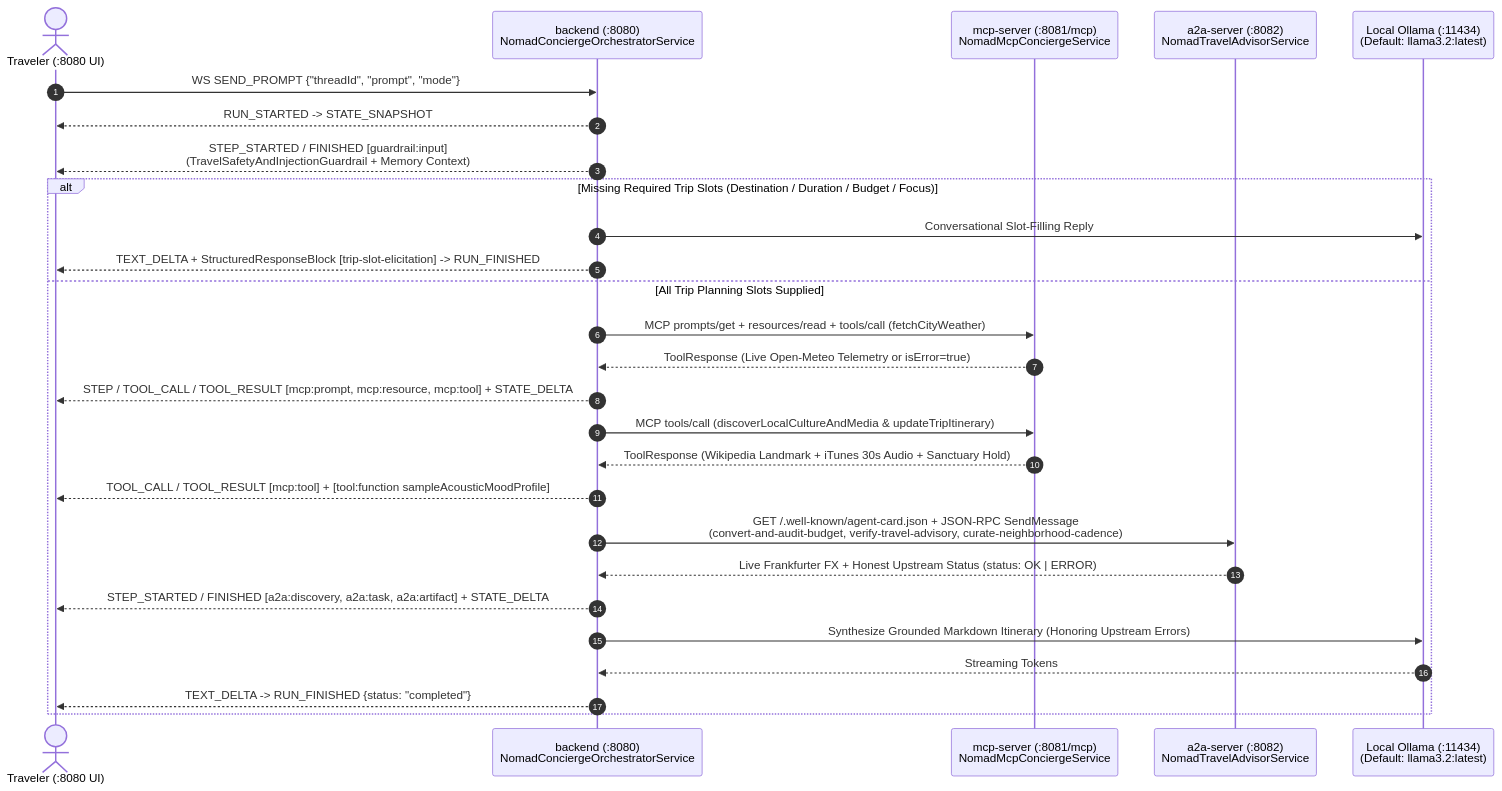
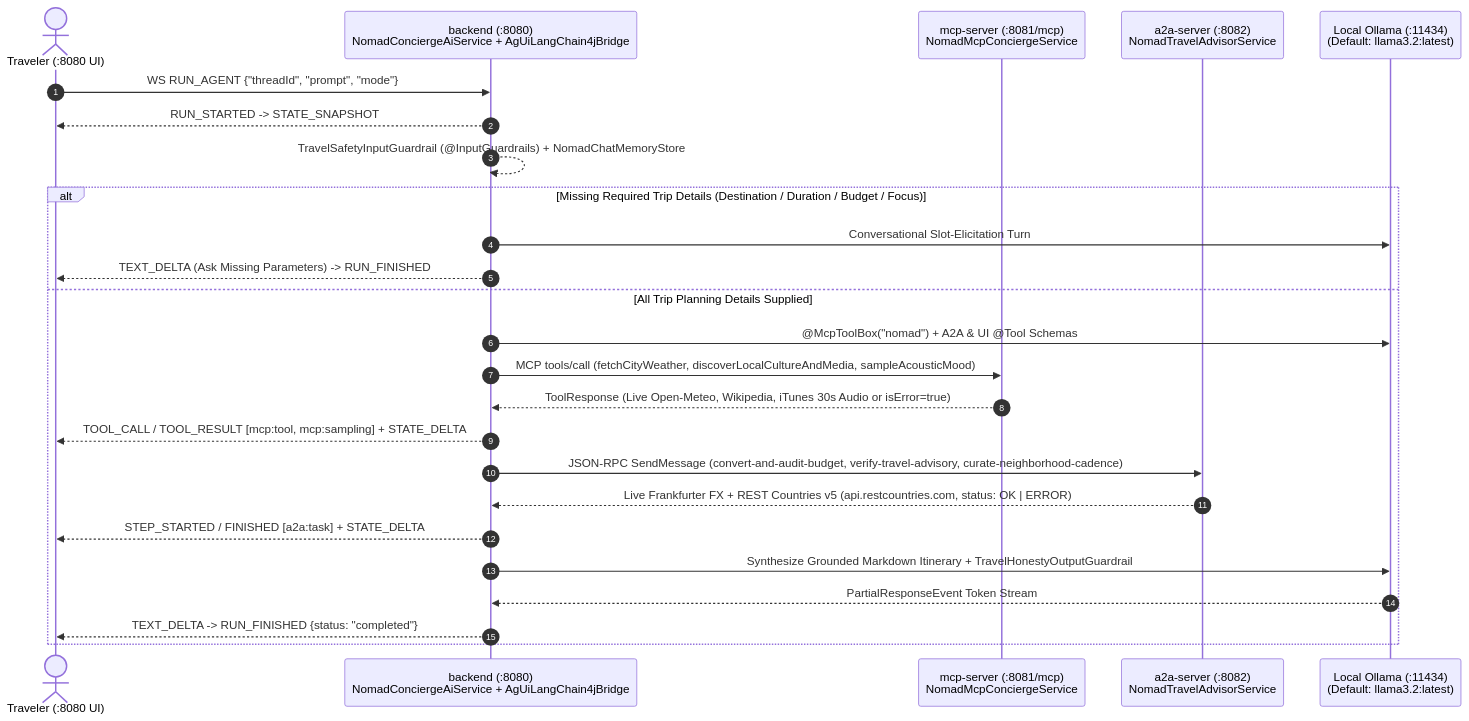
The second of 2 diagrams in examples/quarkus-svelte-skeleton/README.md (fmatar/quarkus-agui), drawn with Mermaid before and after one commit. The commit also changed other lines of this file and 63 other files, not shown here.

First line of the commit message:
feat(langchain4j-mcp): Idiomatic quarkus-langchain4j-mcp, Multi<ChatEvent> AG-UI Bridge, SmallRye Health & REST Countries v5 (#68) (#69)

````diff
--- a/examples/quarkus-svelte-skeleton/README.md
+++ b/examples/quarkus-svelte-skeleton/README.md
@@ -86,30 +84,28 @@
 ```mermaid
 sequenceDiagram
     autonumber
     actor Traveler as Traveler (:8080 UI)
-    participant Orch as backend (:8080)<br/>NomadConciergeOrchestratorService
+    participant Orch as backend (:8080)<br/>NomadConciergeAiService + AgUiLangChain4jBridge
     participant MCP as mcp-server (:8081/mcp)<br/>NomadMcpConciergeService
     participant A2A as a2a-server (:8082)<br/>NomadTravelAdvisorService
     participant LLM as Local Ollama (:11434)<br/>(Default: llama3.2:latest)
 
-    Traveler->>Orch: WS SEND_PROMPT {"threadId", "prompt", "mode"}
+    Traveler->>Orch: WS RUN_AGENT {"threadId", "prompt", "mode"}
     Orch-->>Traveler: RUN_STARTED -> STATE_SNAPSHOT
-    Orch-->>Traveler: STEP_STARTED / FINISHED [guardrail:input]<br/>(TravelSafetyAndInjectionGuardrail + Memory Context)
-    alt Missing Required Trip Slots (Destination / Duration / Budget / Focus)
-        Orch->>LLM: Conversational Slot-Filling Reply
-        Orch-->>Traveler: TEXT_DELTA + StructuredResponseBlock [trip-slot-elicitation] -> RUN_FINISHED
-    else All Trip Planning Slots Supplied
-        Orch->>MCP: MCP prompts/get + resources/read + tools/call (fetchCityWeather)
-        MCP-->>Orch: ToolResponse (Live Open-Meteo Telemetry or isError=true)
-        Orch-->>Traveler: STEP / TOOL_CALL / TOOL_RESULT [mcp:prompt, mcp:resource, mcp:tool] + STATE_DELTA
-        Orch->>MCP: MCP tools/call (discoverLocalCultureAndMedia & updateTripItinerary)
-        MCP-->>Orch: ToolResponse (Wikipedia Landmark + iTunes 30s Audio + Sanctuary Hold)
-        Orch-->>Traveler: TOOL_CALL / TOOL_RESULT [mcp:tool] + [tool:function sampleAcousticMoodProfile]
-        Orch->>A2A: GET /.well-known/agent-card.json + JSON-RPC SendMessage<br/>(convert-and-audit-budget, verify-travel-advisory, curate-neighborhood-cadence)
-        A2A-->>Orch: Live Frankfurter FX + Honest Upstream Status (status: OK | ERROR)
-        Orch-->>Traveler: STEP_STARTED / FINISHED [a2a:discovery, a2a:task, a2a:artifact] + STATE_DELTA
-        Orch->>LLM: Synthesize Grounded Markdown Itinerary (Honoring Upstream Errors)
-        LLM-->>Orch: Streaming Tokens
+    Orch-->>Orch: TravelSafetyInputGuardrail (@InputGuardrails) + NomadChatMemoryStore
+    alt Missing Required Trip Details (Destination / Duration / Budget / Focus)
+        Orch->>LLM: Conversational Slot-Elicitation Turn
+        Orch-->>Traveler: TEXT_DELTA (Ask Missing Parameters) -> RUN_FINISHED
+    else All Trip Planning Details Supplied
+        Orch->>LLM: @McpToolBox("nomad") + A2A & UI @Tool Schemas
+        Orch->>MCP: MCP tools/call (fetchCityWeather, discoverLocalCultureAndMedia, sampleAcousticMood)
+        MCP-->>Orch: ToolResponse (Live Open-Meteo, Wikipedia, iTunes 30s Audio or isError=true)
+        Orch-->>Traveler: TOOL_CALL / TOOL_RESULT [mcp:tool, mcp:sampling] + STATE_DELTA
+        Orch->>A2A: JSON-RPC SendMessage (convert-and-audit-budget, verify-travel-advisory, curate-neighborhood-cadence)
+        A2A-->>Orch: Live Frankfurter FX + REST Countries v5 (api.restcountries.com, status: OK | ERROR)
+        Orch-->>Traveler: STEP_STARTED / FINISHED [a2a:task] + STATE_DELTA
+        Orch->>LLM: Synthesize Grounded Markdown Itinerary + TravelHonestyOutputGuardrail
+        LLM-->>Orch: PartialResponseEvent Token Stream
         Orch-->>Traveler: TEXT_DELTA -> RUN_FINISHED {status: "completed"}
     end
 ```
````
